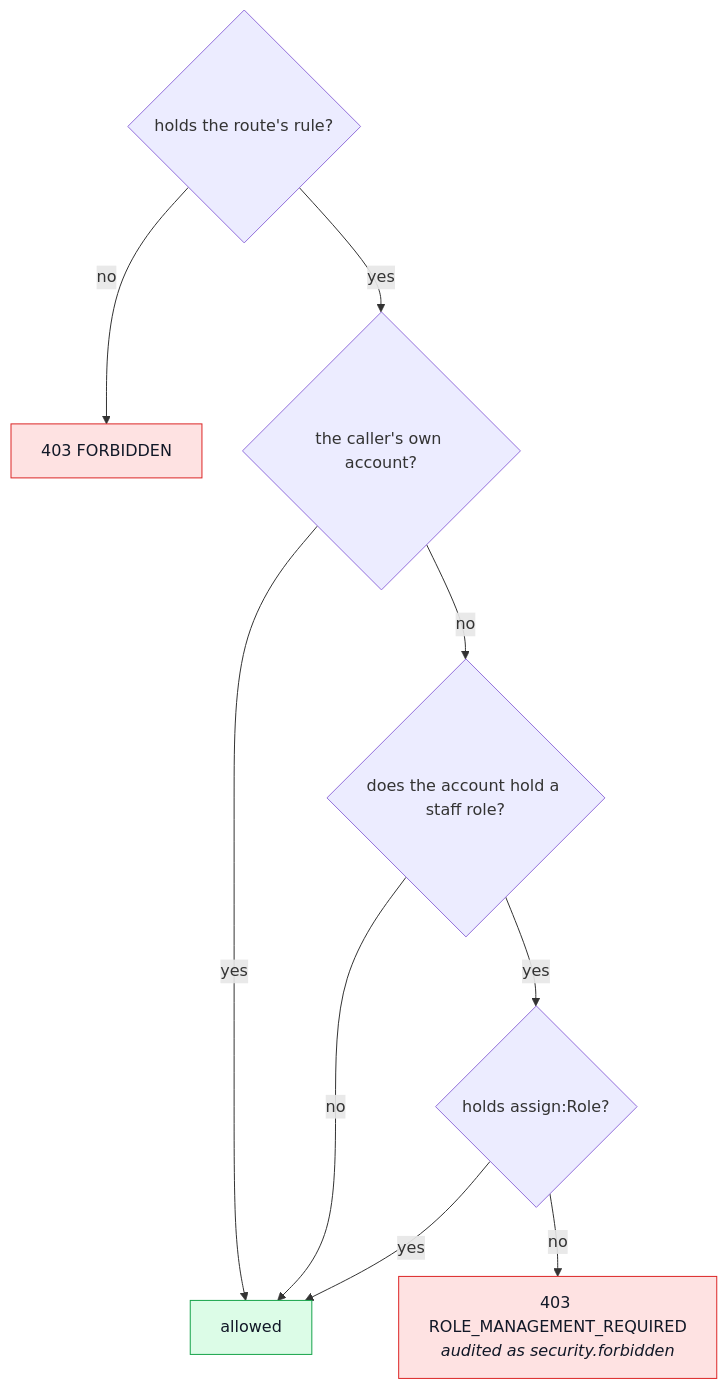
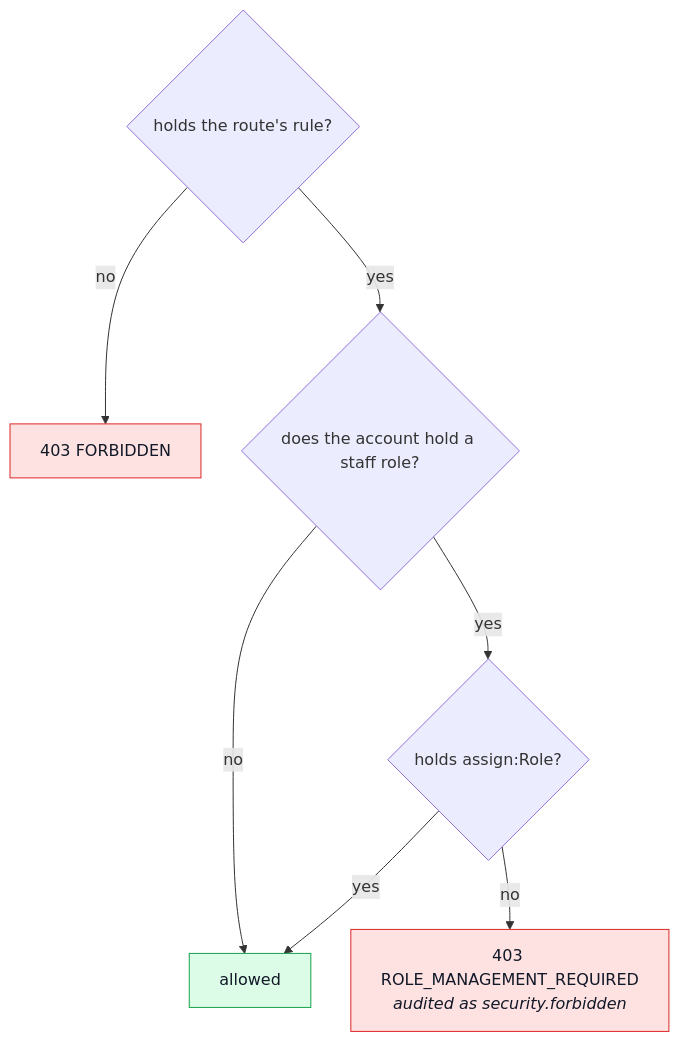
The third of 3 diagrams in docs/theory/authorization.md (Guebbit/boilerplate-node-backend), drawn with Mermaid before and after one commit. The commit also changed other lines of this file and 13 other files, not shown here.

First line of the commit message:
fix(access): a staff account is changed only by a role manager, its owner and its keys included

````diff
--- a/docs/theory/authorization.md
+++ b/docs/theory/authorization.md
@@ -220,20 +222,18 @@
 ```mermaid
 %%{init: {'flowchart': {'nodeSpacing': 40, 'rankSpacing': 45}}}%%
 flowchart TD
     accTitle: How a write on an account is decided
-    accDescr: The route first requires its rule. A write on the caller's own account is allowed. Otherwise an account that holds no staff role may be changed, and one that does needs the role-management rule, else the answer is ROLE_MANAGEMENT_REQUIRED.
+    accDescr: The route first requires its rule. An account that holds no staff role may be changed, and one that does needs the role-management rule, else the answer is ROLE_MANAGEMENT_REQUIRED.
 
     K{"holds the route's rule?"} -- no --> F403["403 FORBIDDEN"]
-    K -- yes --> O{"the caller's own account?"}
-    O -- yes --> OK["allowed"]
-    O -- no --> H{"does the account hold a staff role?"}
-    H -- no --> OK
+    K -- yes --> H{"does the account hold a staff role?"}
+    H -- no --> OK["allowed"]
     H -- yes --> R{"holds assign:Role?"}
     R -- yes --> OK
     R -- no --> OUT["403 ROLE_MANAGEMENT_REQUIRED<br/><i>audited as security.forbidden</i>"]
 
     classDef good fill:#dcfce7,stroke:#16a34a,color:#111827;
     classDef bad fill:#fee2e2,stroke:#dc2626,color:#111827;
     class OK good;
     class F403,OUT bad;
 ```
````
